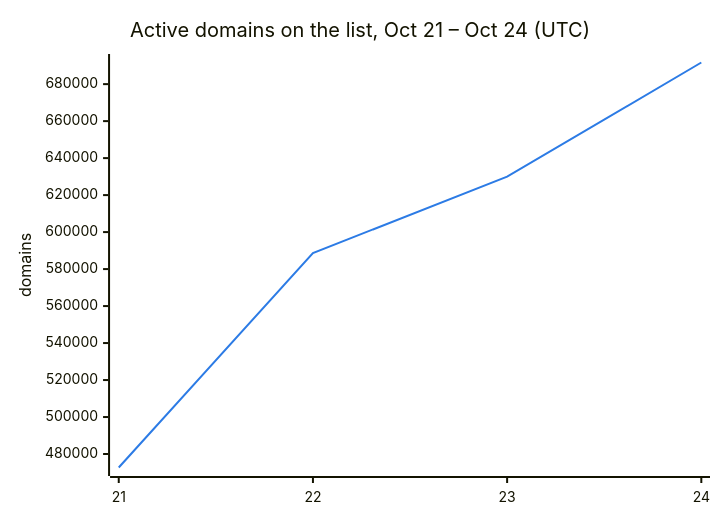
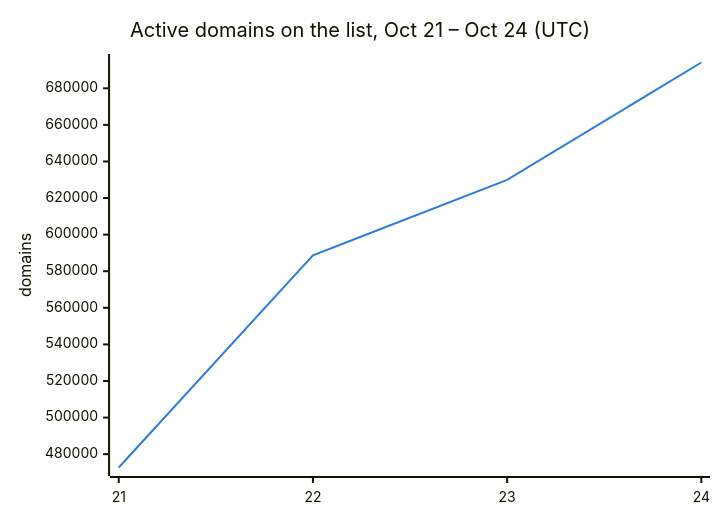
The second of 3 diagrams in README.md (DNSBunker/CTI), drawn with Mermaid before and after one commit. The commit also changed other lines of this file and 3 other files, not shown here.

````diff
--- a/README.md
+++ b/README.md
@@ -38,8 +38,8 @@
 ```mermaid
 %%{init: {"themeVariables": {"xyChart": {"plotColorPalette": "#2c7be5"}}}}%%
 xychart-beta
     title "Active domains on the list, Oct 21 – Oct 24 (UTC)"
     x-axis ["21", "22", "23", "24"]
     y-axis "domains"
-    line [472713, 588659, 629951, 691695]
+    line [472713, 588659, 629951, 694098]
 ```
````
